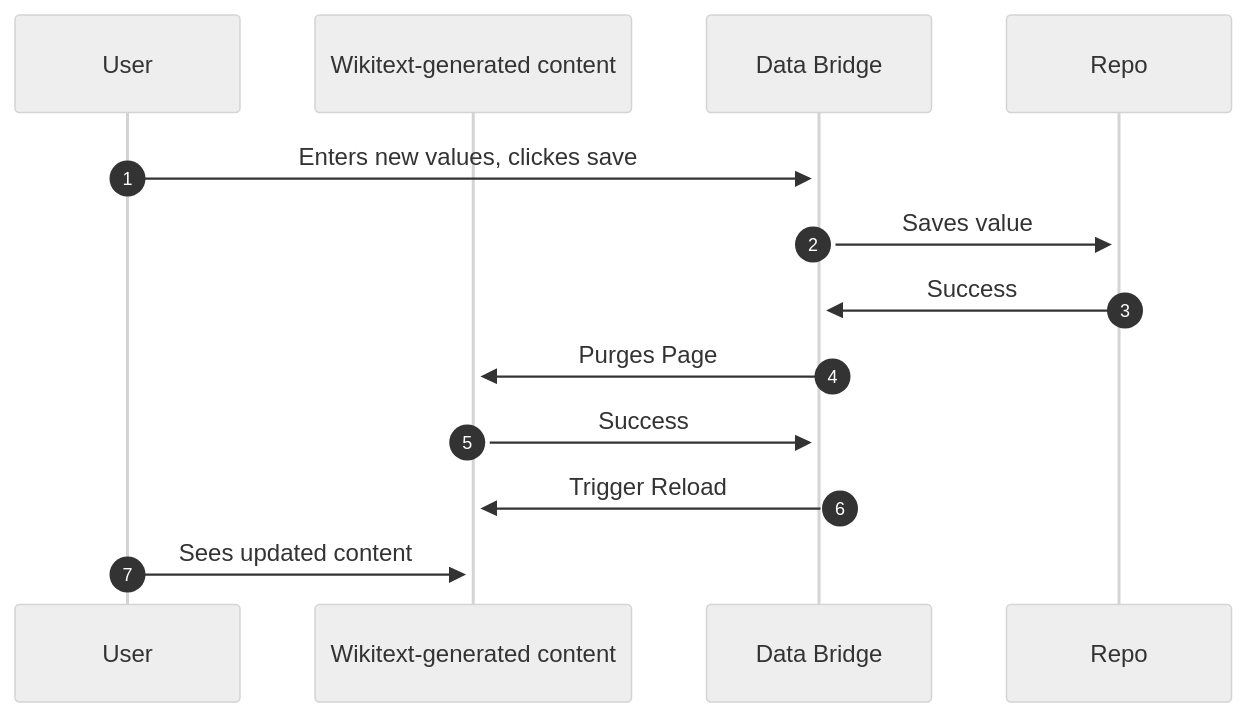
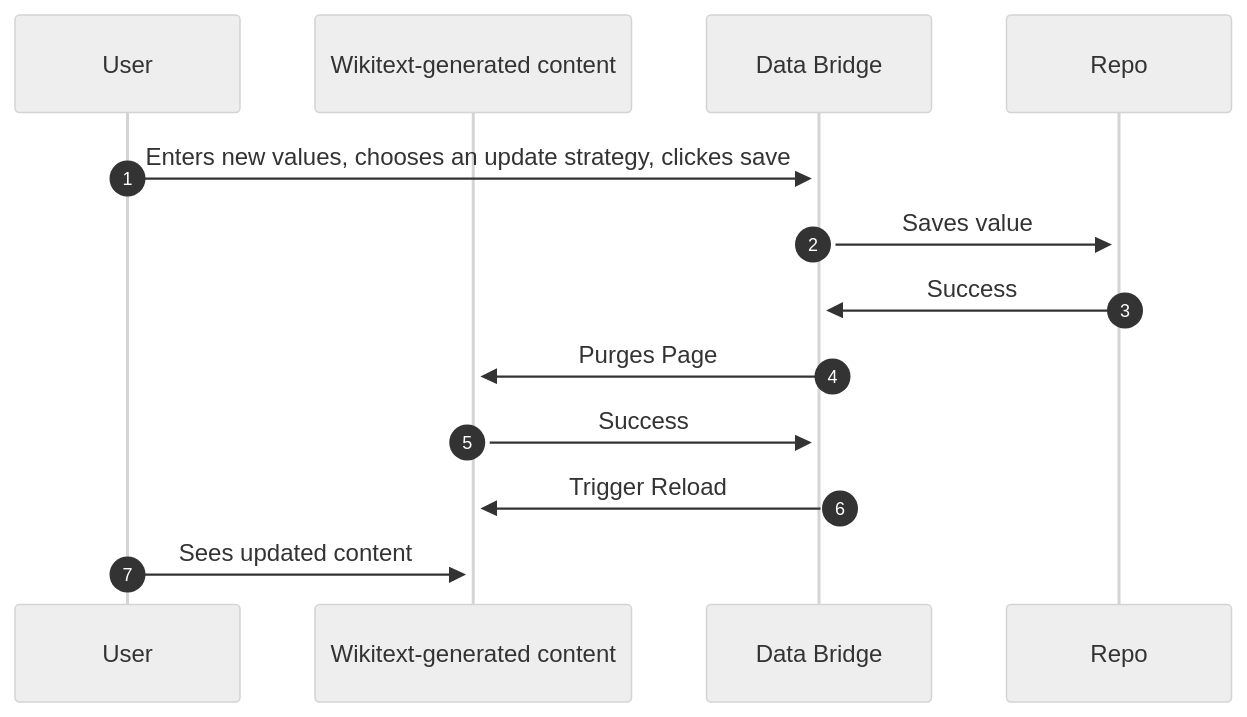
The third of 3 diagrams in systems/WikibaseClient/06-Runtime_View.md (wmde/wikidata-wikibase-architecture), drawn with Mermaid (neutral theme) before and after one commit.

````diff
--- a/systems/WikibaseClient/06-Runtime_View.md
+++ b/systems/WikibaseClient/06-Runtime_View.md
@@ -46,14 +46,14 @@
 ```mermaid
 sequenceDiagram
     autonumber
     participant User
     participant Page as Wikitext-generated content
     participant Bridge as Data Bridge
-    User->>+Bridge: Enters new values, clickes save
+    User->>+Bridge: Enters new values, chooses an update strategy, clickes save
     Bridge->>+Repo: Saves value
     Repo->>+Bridge: Success
     Bridge->>+Page: Purges Page
     Page->>+Bridge: Success
     Bridge->>+Page: Trigger Reload
     User->>+Page: Sees updated content
 ```
````
